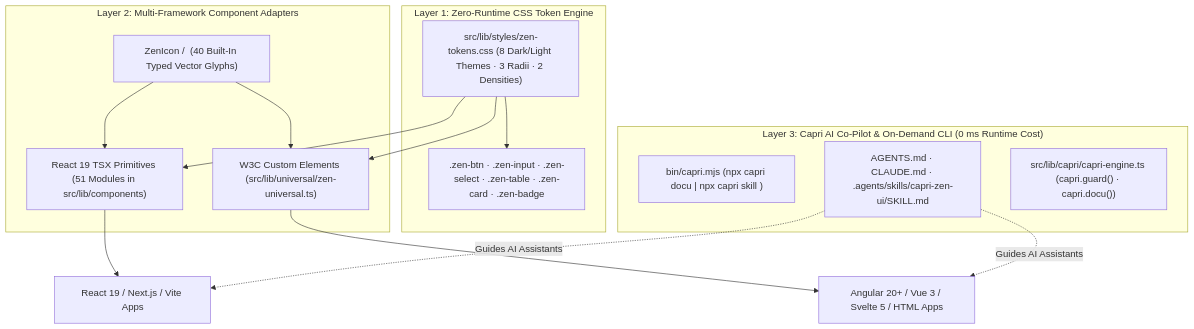
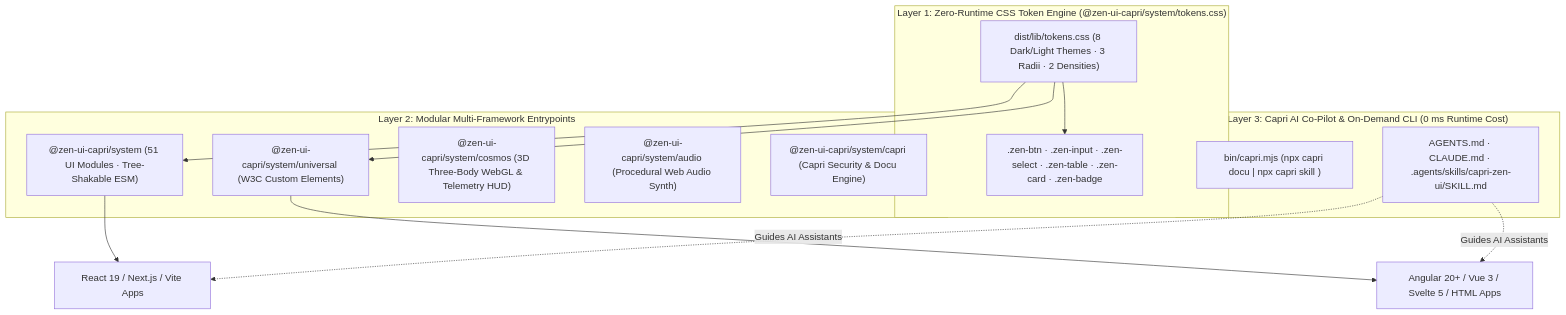
Before and after one commit to lukaspabst/zeN-UI: the diagram in README.md, drawn with Mermaid. The commit also changed other lines of this file and 27 other files, not shown here.

````diff
--- a/README.md
+++ b/README.md
@@ -20,29 +16,28 @@
 ```mermaid
 flowchart TD
-  subgraph Layer1["Layer 1: Zero-Runtime CSS Token Engine"]
-    Tokens["src/lib/styles/zen-tokens.css (8 Dark/Light Themes · 3 Radii · 2 Densities)"]
+  subgraph Layer1["Layer 1: Zero-Runtime CSS Token Engine (@zen-ui-capri/system/tokens.css)"]
+    Tokens["dist/lib/tokens.css (8 Dark/Light Themes · 3 Radii · 2 Densities)"]
     UtilityClasses[".zen-btn · .zen-input · .zen-select · .zen-table · .zen-card · .zen-badge"]
     Tokens --> UtilityClasses
   end
 
-  subgraph Layer2["Layer 2: Multi-Framework Component Adapters"]
-    ReactPrimitives["React 19 TSX Primitives (51 Modules in src/lib/components)"]
-    UniversalElements["W3C Custom Elements (src/lib/universal/zen-universal.ts)"]
-    ZenIconSystem["ZenIcon / <zen-icon> (40 Built-In Typed Vector Glyphs)"]
+  subgraph Layer2["Layer 2: Modular Multi-Framework Entrypoints"]
+    ReactPrimitives["@zen-ui-capri/system (51 UI Modules · Tree-Shakable ESM)"]
+    UniversalElements["@zen-ui-capri/system/universal (W3C Custom Elements)"]
+    CosmosModule["@zen-ui-capri/system/cosmos (3D Three-Body WebGL & Telemetry HUD)"]
+    AudioModule["@zen-ui-capri/system/audio (Procedural Web Audio Synth)"]
+    CapriModule["@zen-ui-capri/system/capri (Capri Security & Docu Engine)"]
     Tokens --> ReactPrimitives
     Tokens --> UniversalElements
-    ZenIconSystem --> ReactPrimitives
-    ZenIconSystem --> UniversalElements
   end
 
   subgraph Layer3["Layer 3: Capri AI Co-Pilot & On-Demand CLI (0 ms Runtime Cost)"]
     CapriCLI["bin/capri.mjs (npx capri docu | npx capri skill <subroutine>)"]
     AgentSkills["AGENTS.md · CLAUDE.md · .agents/skills/capri-zen-ui/SKILL.md"]
-    HeadlessEngine["src/lib/capri/capri-engine.ts (capri.guard() · capri.docu())"]
   end
 
   ReactPrimitives --> ConsumingReact["React 19 / Next.js / Vite Apps"]
   UniversalElements --> ConsumingMulti["Angular 20+ / Vue 3 / Svelte 5 / HTML Apps"]
   AgentSkills -.->|"Guides AI Assistants"| ConsumingReact
   AgentSkills -.->|"Guides AI Assistants"| ConsumingMulti
 ```
````
